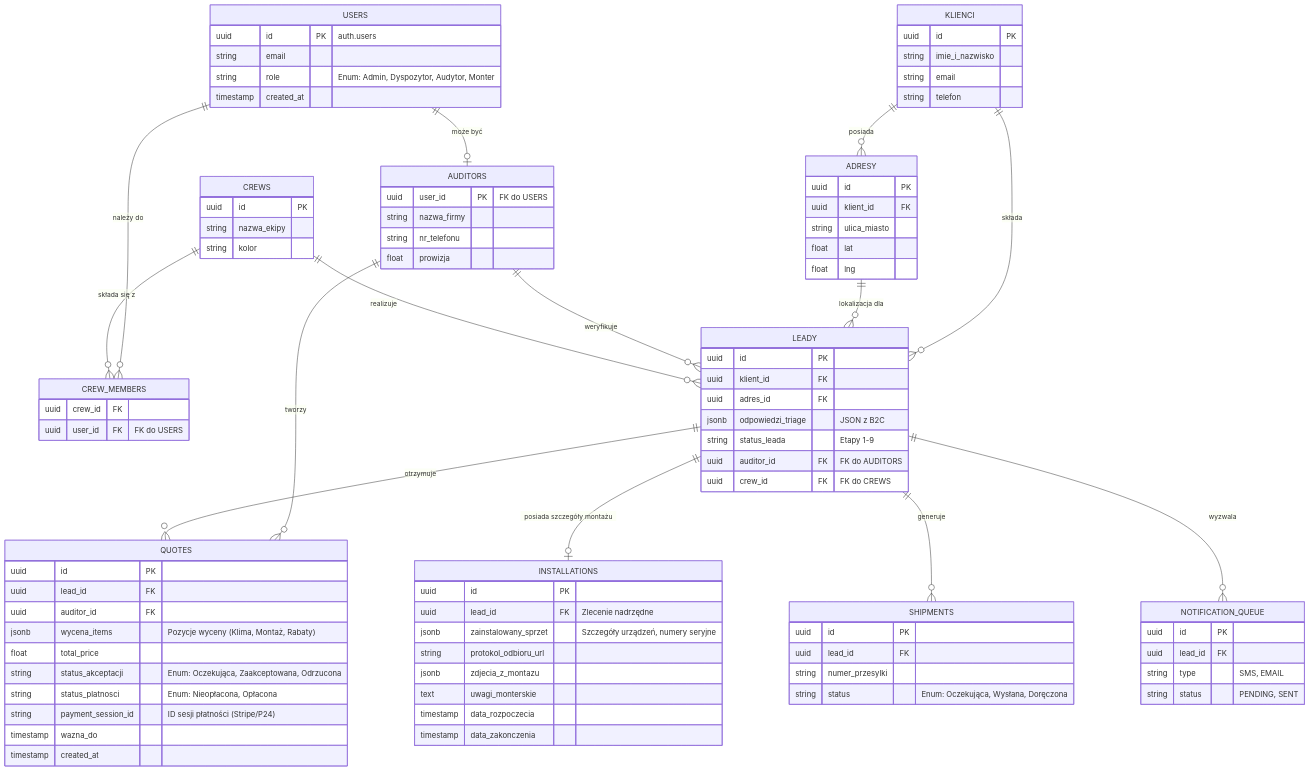
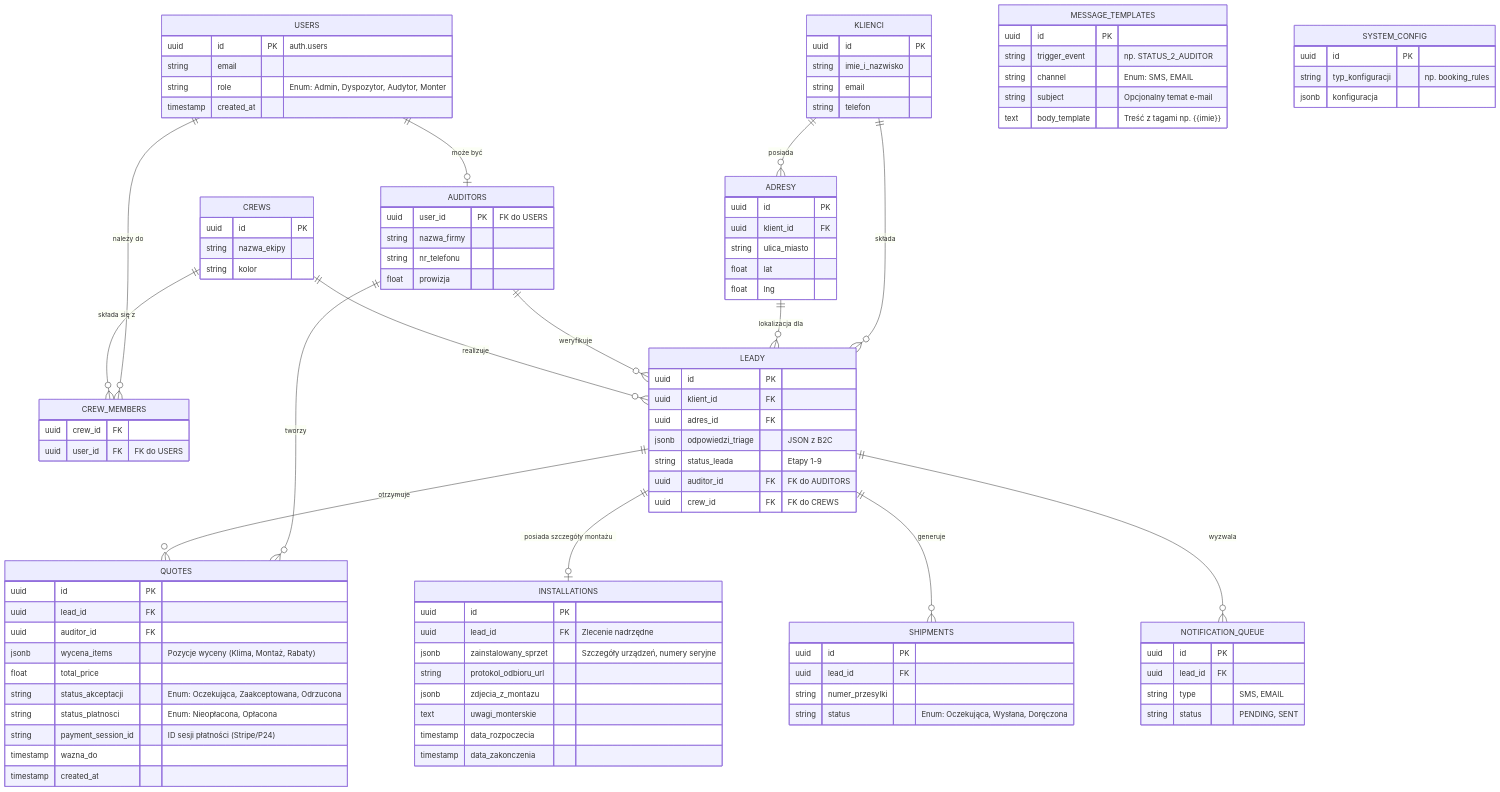
The diagram in turborepo/docs/architecture/database_model.md (aiprojectmanagersznurowski-afk/klikklima-system), drawn with Mermaid before and after one commit. The commit also changed other lines of this file, not shown here.

Commit message:
docs: add MESSAGE_TEMPLATES to ERD for SMS and Emails

```diff
--- a/turborepo/docs/architecture/database_model.md
+++ b/turborepo/docs/architecture/database_model.md
@@ -94,6 +94,20 @@
         string status "PENDING, SENT"
     }
 
+    MESSAGE_TEMPLATES {
+        uuid id PK
+        string trigger_event "np. STATUS_2_AUDITOR"
+        string channel "Enum: SMS, EMAIL"
+        string subject "Opcjonalny temat e-mail"
+        text body_template "Treść z tagami np. {{imie}}"
+    }
+
+    SYSTEM_CONFIG {
+        uuid id PK
+        string typ_konfiguracji "np. booking_rules"
+        jsonb konfiguracja
+    }
+
     USERS ||--o| AUDITORS : "może być"
     USERS ||--o{ CREW_MEMBERS : "należy do"
     CREWS ||--o{ CREW_MEMBERS : "składa się z"
```
